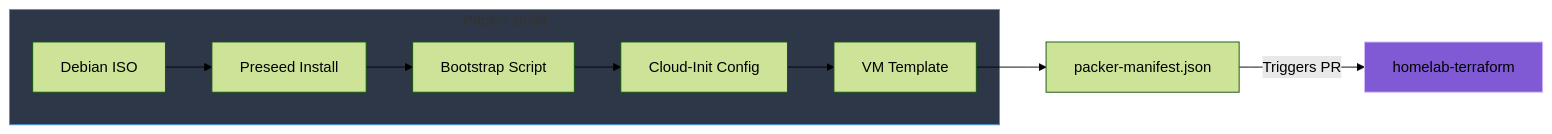
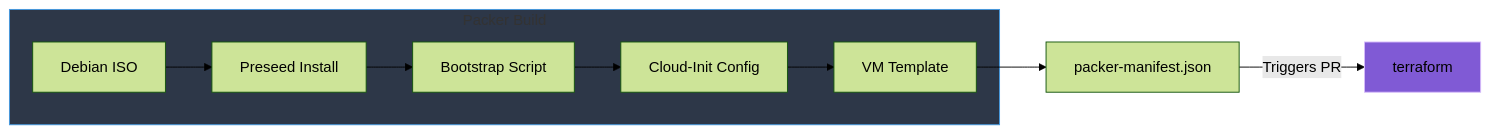
Before and after one commit to Starktastic-Homelab/packer: the first of 4 diagrams in README.md, drawn with Mermaid (forest theme). The commit also changed other lines of this file, not shown here.

````diff
--- a/README.md
+++ b/README.md
@@ -15,15 +15,15 @@
 ```mermaid
 flowchart LR
     subgraph Packer["Packer Build"]
         ISO[Debian ISO] --> Preseed[Preseed Install]
         Preseed --> Bootstrap[Bootstrap Script]
         Bootstrap --> CloudInit[Cloud-Init Config]
         CloudInit --> Template[VM Template]
     end
     
     Template --> Manifest[packer-manifest.json]
-    Manifest -->|Triggers PR| Terraform[homelab-terraform]
+    Manifest -->|Triggers PR| Terraform[terraform]
     
     style Packer fill:#2d3748,stroke:#4299e1
     style Terraform fill:#805ad5,stroke:#d6bcfa
 ```
````
